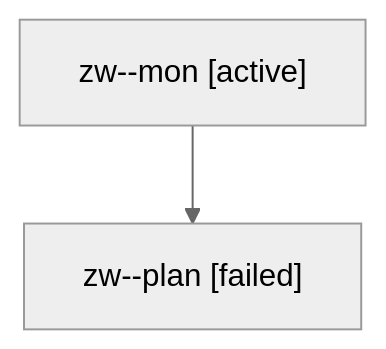
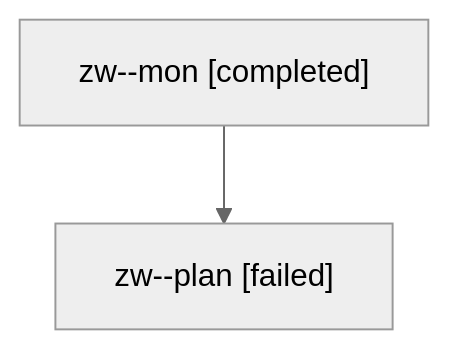
The diagram in sessions/bbugyi200.athena.zw.md (sase-org/sase--agents), drawn with Mermaid (neutral theme) before and after one commit. The commit also changed other lines of this file and 5 other files, not shown here.

````diff
--- a/sessions/bbugyi200.athena.zw.md
+++ b/sessions/bbugyi200.athena.zw.md
@@ -9,6 +9,6 @@
 ```mermaid
 flowchart TD
-  n0["zw--mon [active]"]
+  n0["zw--mon [completed]"]
   n1["zw--plan [failed]"]
   n0 --> n1
 ```
````
